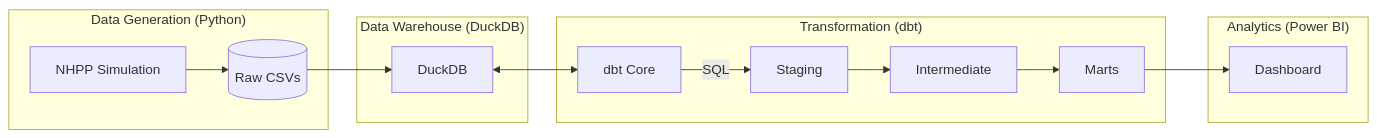
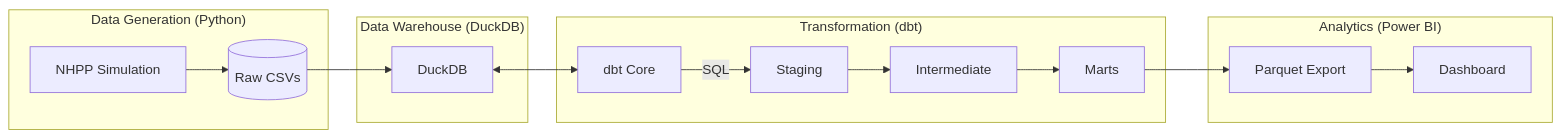
One commit to julianhilgemann/BI-Pipeline changed the diagram in README.md. Above: the diagram before and after it, drawn with Mermaid. The commit also changed other lines of this file and 12 other files, not shown here.

````diff
--- a/README.md
+++ b/README.md
@@ -13,26 +13,28 @@
 ```mermaid
 flowchart LR
     subgraph Gen ["Data Generation (Python)"]
     Py[NHPP Simulation]
     CSV[(Raw CSVs)]
     end
     subgraph WH ["Data Warehouse (DuckDB)"]
     Duck[DuckDB]
     end
     subgraph Trans ["Transformation (dbt)"]
     dbt[dbt Core]
     Stg[Staging]
     Int[Intermediate]
     Mart[Marts]
     end
     subgraph BI ["Analytics (Power BI)"]
+    Exp[Parquet Export]
     PBI[Dashboard]
     end
     Py --> CSV
     CSV --> Duck
     Duck <--> dbt
     dbt -- SQL --> Stg
     Stg --> Int
     Int --> Mart
-    Mart --> PBI
+    Mart --> Exp
+    Exp --> PBI
 ```
````
